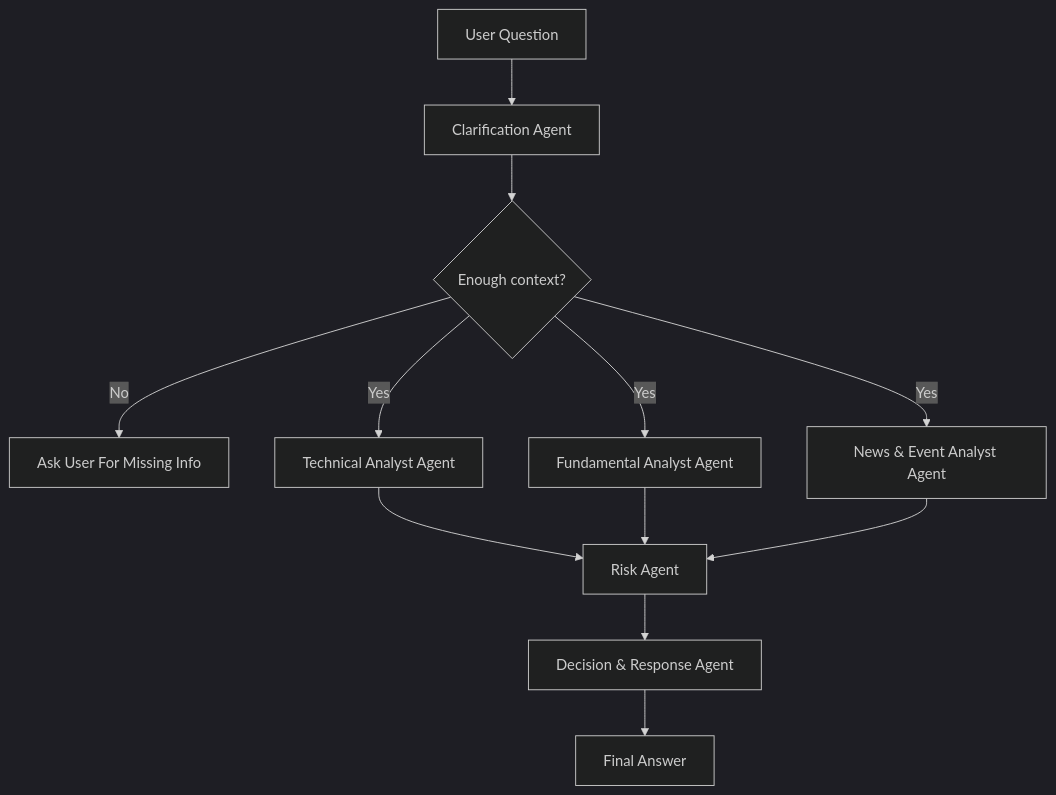
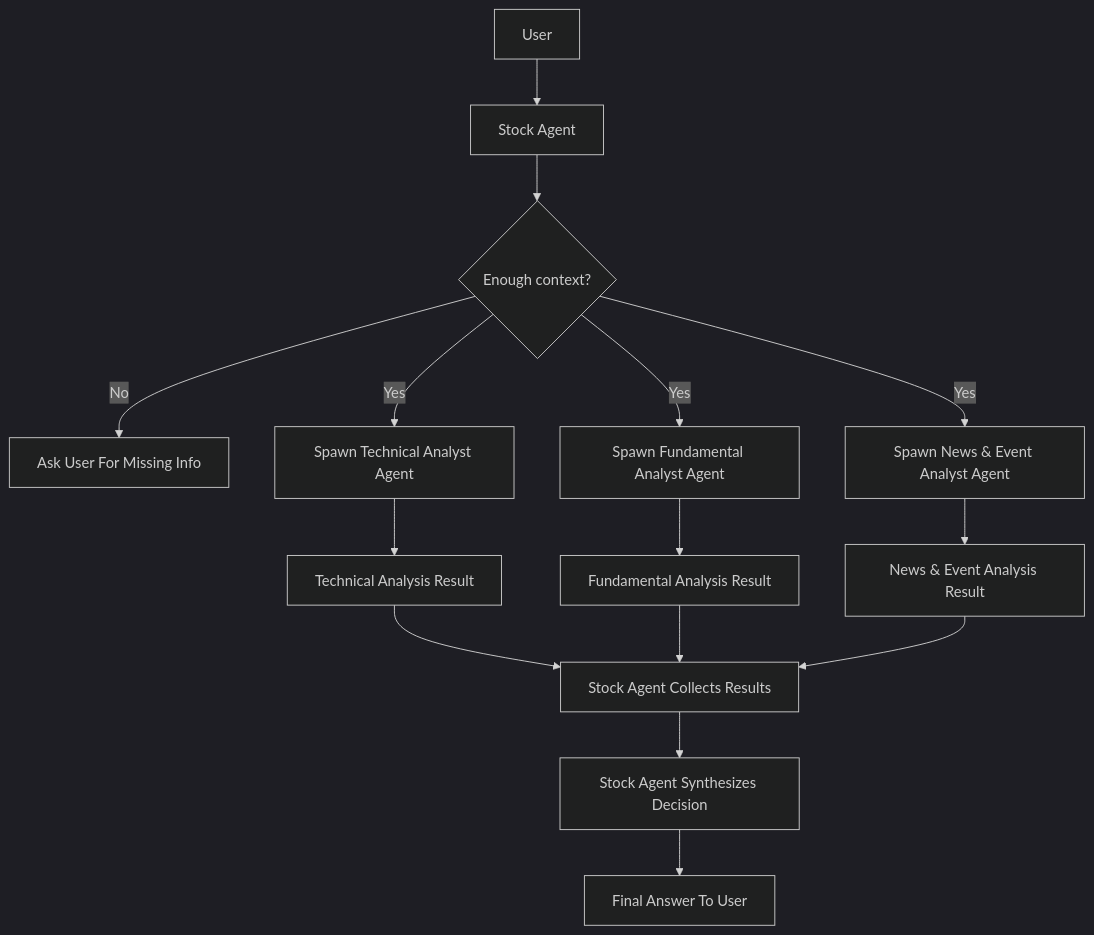
Before and after one commit to ai-for-war/warmind_ai: the diagram in doc/agent_stock/graph.md, drawn with Mermaid (dark theme).

Commit message:
king/chore: Update GRAPH of Stockagent

````diff
--- a/doc/agent_stock/graph.md
+++ b/doc/agent_stock/graph.md
@@ -1,18 +1,22 @@
 ```mermaid
 flowchart TD
-    A["User Question"] --> B["Clarification Agent"]
+    A["User"] --> B["Stock Agent"]
 
     B --> C{"Enough context?"}
 
     C -->|No| D["Ask User For Missing Info"]
-    C -->|Yes| E["Technical Analyst Agent"]
-    C -->|Yes| F["Fundamental Analyst Agent"]
-    C -->|Yes| G["News & Event Analyst Agent"]
+    C -->|Yes| E["Spawn Technical Analyst Agent"]
+    C -->|Yes| F["Spawn Fundamental Analyst Agent"]
+    C -->|Yes| G["Spawn News & Event Analyst Agent"]
 
-    E --> H["Risk Agent"]
-    F --> H
-    G --> H
+    E --> H["Technical Analysis Result"]
+    F --> I["Fundamental Analysis Result"]
+    G --> J["News & Event Analysis Result"]
 
-    H --> I["Decision & Response Agent"]
-    I --> J["Final Answer"]
+    H --> K["Stock Agent Collects Results"]
+    I --> K
+    J --> K
+
+    K --> L["Stock Agent Synthesizes Decision"]
+    L --> M["Final Answer To User"]
 ```
````
